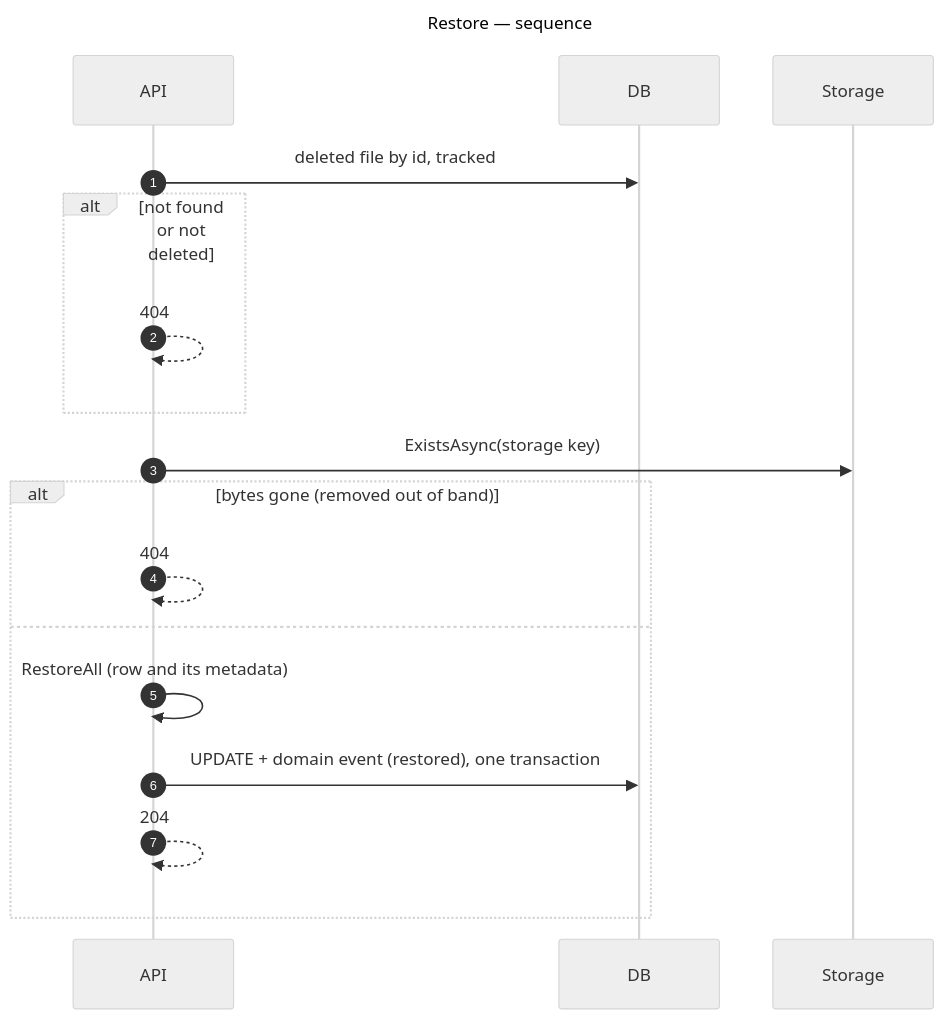
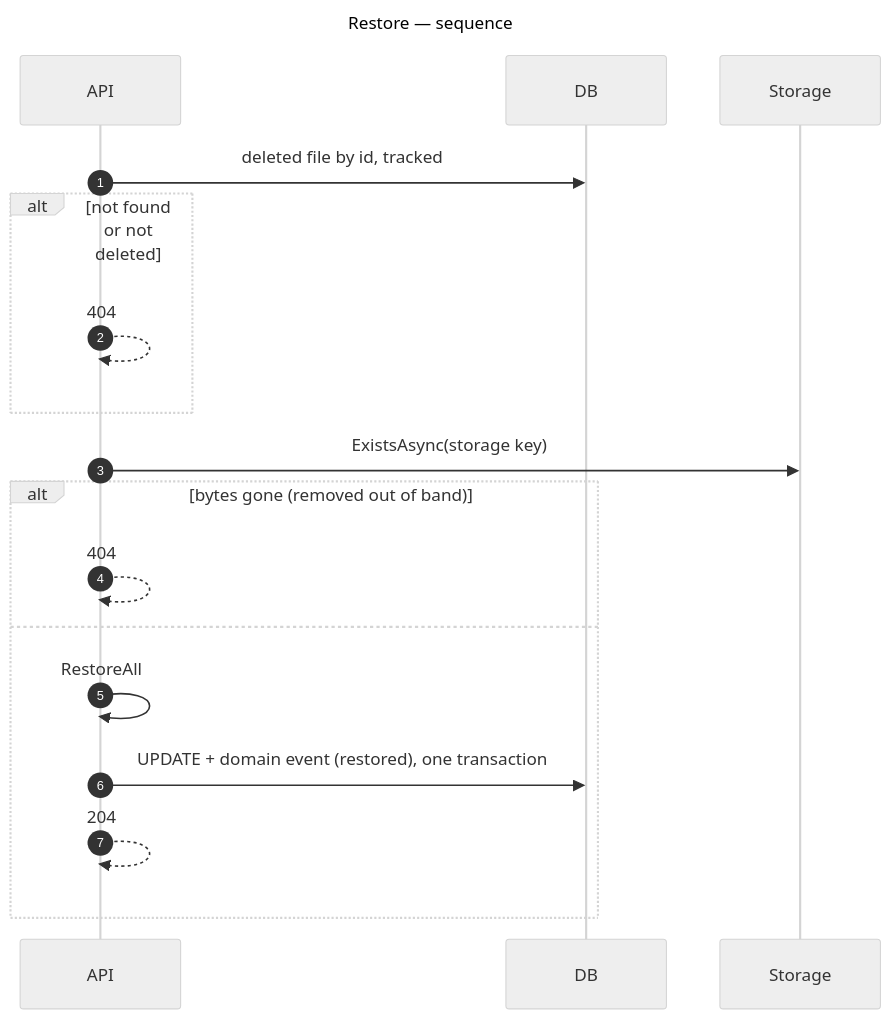
The ninth of 16 diagrams in docs/sequence-diagrams.md (gmetskhvarishvili/GM.FileStorage.Samples), drawn with Mermaid (neutral theme) before and after one commit. The commit also changed other lines of this file and 26 other files, not shown here.

````diff
--- a/docs/sequence-diagrams.md
+++ b/docs/sequence-diagrams.md
@@ -306,23 +306,23 @@
 ```mermaid
 ---
 title: Restore — sequence
 ---
 sequenceDiagram
     autonumber
     participant API
     participant DB
     participant S as Storage
 
     API->>DB: deleted file by id, tracked
     alt not found or not deleted
         API-->>API: 404
     end
     API->>S: ExistsAsync(storage key)
     alt bytes gone (removed out of band)
         API-->>API: 404
     else
-        API->>API: RestoreAll (row and its metadata)
+        API->>API: RestoreAll
         API->>DB: UPDATE + domain event (restored), one transaction
         API-->>API: 204
     end
 ```
````
